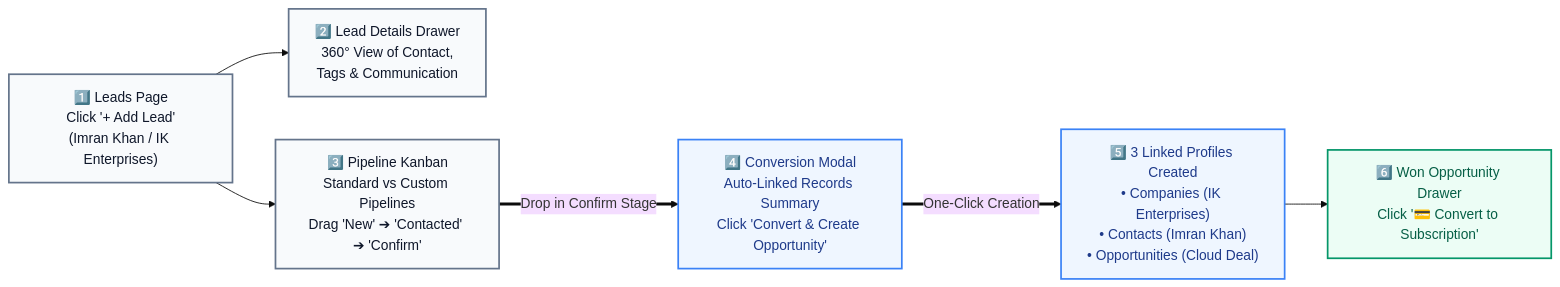
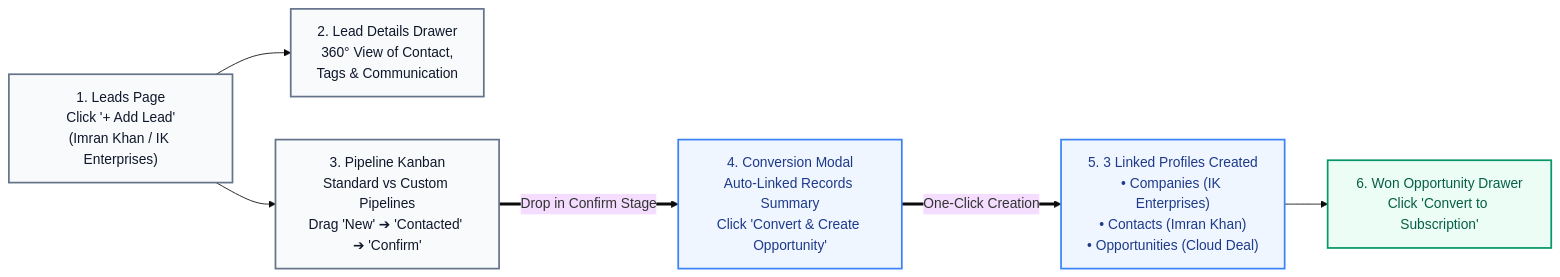
One commit to zaid-mian/CRM-Frontend changed the second of 3 diagrams in README.md. Above: the diagram before and after it, drawn with Mermaid (base theme). The commit also changed other lines of this file, not shown here.

Commit message:
fix(docs): fix Mermaid diagram syntax and polish architecture styling for GitHub

````diff
--- a/README.md
+++ b/README.md
@@ -96,23 +96,23 @@
 ```mermaid
 flowchart LR
-    L_PAGE["1️⃣ Leads Page<br/>Click '+ Add Lead'<br/>(Imran Khan / IK Enterprises)"]
-    L_DRAWER["2️⃣ Lead Details Drawer<br/>360° View of Contact,<br/>Tags & Communication"]
-    P_BOARD["3️⃣ Pipeline Kanban<br/>Standard vs Custom Pipelines<br/>Drag 'New' ➔ 'Contacted' ➔ 'Confirm'"]
-    C_MODAL["4️⃣ Conversion Modal<br/>Auto-Linked Records Summary<br/>Click 'Convert & Create Opportunity'"]
-    TRIAD["5️⃣ 3 Linked Profiles Created<br/>• Companies (IK Enterprises)<br/>• Contacts (Imran Khan)<br/>• Opportunities (Cloud Deal)"]
-    WON["6️⃣ Won Opportunity Drawer<br/>Click '💳 Convert to Subscription'"]
+    L_PAGE["1. Leads Page<br/>Click '+ Add Lead'<br/>(Imran Khan / IK Enterprises)"]
+    L_DRAWER["2. Lead Details Drawer<br/>360° View of Contact,<br/>Tags & Communication"]
+    P_BOARD["3. Pipeline Kanban<br/>Standard vs Custom Pipelines<br/>Drag 'New' ➔ 'Contacted' ➔ 'Confirm'"]
+    C_MODAL["4. Conversion Modal<br/>Auto-Linked Records Summary<br/>Click 'Convert & Create Opportunity'"]
+    TRIAD["5. 3 Linked Profiles Created<br/>• Companies (IK Enterprises)<br/>• Contacts (Imran Khan)<br/>• Opportunities (Cloud Deal)"]
+    WON["6. Won Opportunity Drawer<br/>Click 'Convert to Subscription'"]
 
     L_PAGE --> L_DRAWER
     L_PAGE --> P_BOARD
     P_BOARD ==>|Drop in Confirm Stage| C_MODAL
     C_MODAL ==>|One-Click Creation| TRIAD
     TRIAD --> WON
 
     classDef stepStyle fill:#f8fafc,stroke:#64748b,stroke-width:2px,color:#0f172a;
     classDef modalStyle fill:#eff6ff,stroke:#3b82f6,stroke-width:2px,color:#1e3a8a;
     classDef wonStyle fill:#ecfdf5,stroke:#059669,stroke-width:2px,color:#065f46;
 
     class L_PAGE,L_DRAWER,P_BOARD stepStyle;
     class C_MODAL,TRIAD modalStyle;
     class WON wonStyle;
 ```
````
